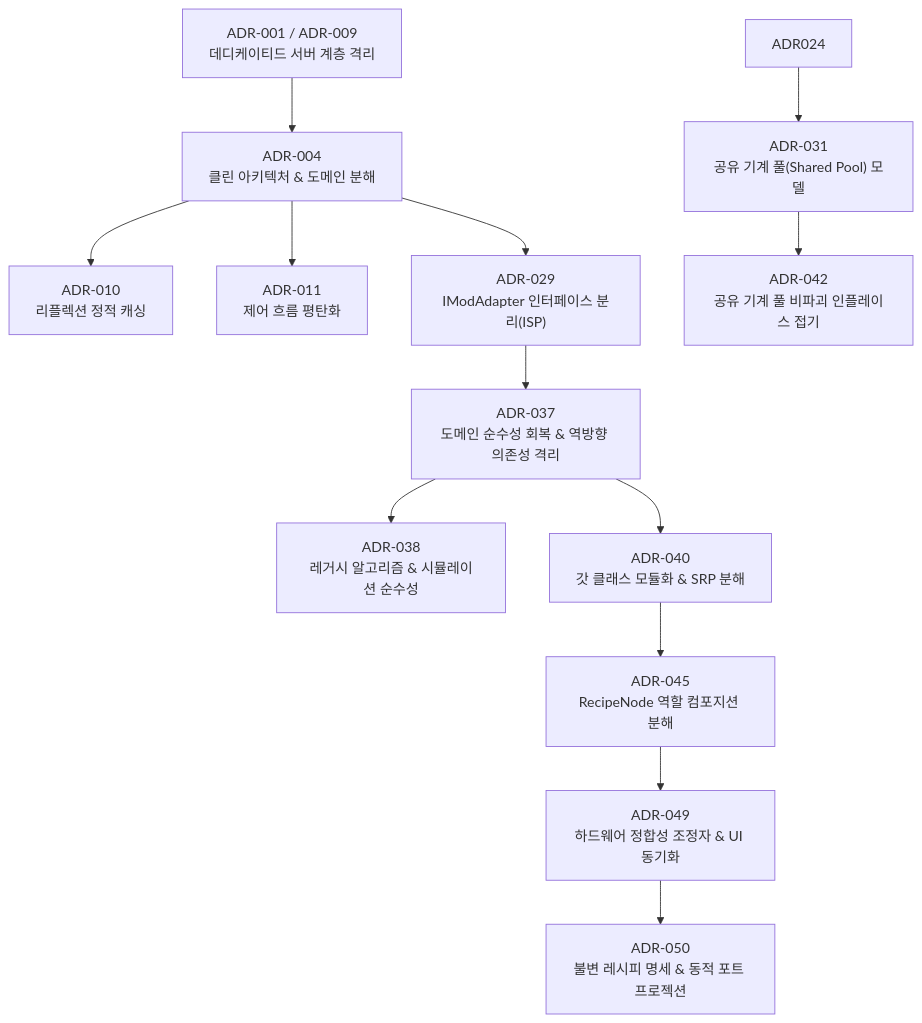
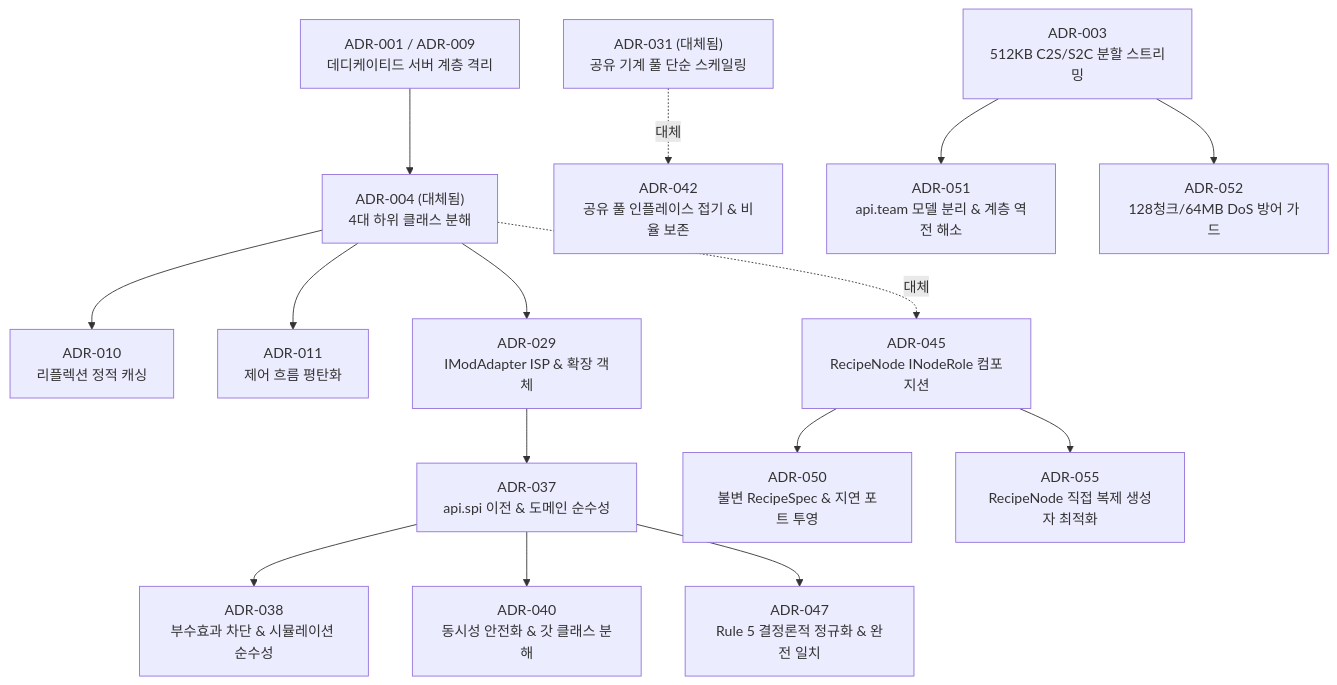
The fourth of 4 diagrams in docs/adr/README.md (Amvermain/GregTechCalculatorBoard), drawn with Mermaid before and after one commit. The commit also changed other lines of this file and 166 other files, not shown here.

````diff
--- a/docs/adr/README.md
+++ b/docs/adr/README.md
@@ -69,15 +79,17 @@
 ```mermaid
 flowchart TD
-    ADR001["ADR-001 / ADR-009<br/>데디케이티드 서버 계층 격리"] --> ADR004["ADR-004<br/>클린 아키텍처 & 도메인 분해"]
+    ADR001["ADR-001 / ADR-009<br/>데디케이티드 서버 계층 격리"] --> ADR004["ADR-004 (대체됨)<br/>4대 하위 클래스 분해"]
     ADR004 --> ADR010["ADR-010<br/>리플렉션 정적 캐싱"]
     ADR004 --> ADR011["ADR-011<br/>제어 흐름 평탄화"]
-    ADR004 --> ADR029["ADR-029<br/>IModAdapter 인터페이스 분리(ISP)"]
-    ADR029 --> ADR037["ADR-037<br/>도메인 순수성 회복 & 역방향 의존성 격리"]
-    ADR037 --> ADR038["ADR-038<br/>레거시 알고리즘 & 시뮬레이션 순수성"]
-    ADR037 --> ADR040["ADR-040<br/>갓 클래스 모듈화 & SRP 분해"]
-    ADR040 --> ADR045["ADR-045<br/>RecipeNode 역할 컴포지션 분해"]
-    ADR045 --> ADR049["ADR-049<br/>하드웨어 정합성 조정자 & UI 동기화"]
-    ADR049 --> ADR050["ADR-050<br/>불변 레시피 명세 & 동적 포트 프로젝션"]
-    ADR024 --> ADR031["ADR-031<br/>공유 기계 풀(Shared Pool) 모델"]
-    ADR031 --> ADR042["ADR-042<br/>공유 기계 풀 비파괴 인플레이스 접기"]
+    ADR004 --> ADR029["ADR-029<br/>IModAdapter ISP & 확장 객체"]
+    ADR029 --> ADR037["ADR-037<br/>api.spi 이전 & 도메인 순수성"]
+    ADR037 --> ADR038["ADR-038<br/>부수효과 차단 & 시뮬레이션 순수성"]
+    ADR037 --> ADR040["ADR-040<br/>동시성 안전화 & 갓 클래스 분해"]
+    ADR037 --> ADR047["ADR-047<br/>Rule 5 결정론적 정규화 & 완전 일치"]
+    ADR004 -.->|대체| ADR045["ADR-045<br/>RecipeNode INodeRole 컴포지션"]
+    ADR045 --> ADR050["ADR-050<br/>불변 RecipeSpec & 지연 포트 투영"]
+    ADR045 --> ADR055["ADR-055<br/>RecipeNode 직접 복제 생성자 최적화"]
+    ADR031["ADR-031 (대체됨)<br/>공유 기계 풀 단순 스케일링"] -.->|대체| ADR042["ADR-042<br/>공유 풀 인플레이스 접기 & 비율 보존"]
+    ADR003["ADR-003<br/>512KB C2S/S2C 분할 스트리밍"] --> ADR051["ADR-051<br/>api.team 모델 분리 & 계층 역전 해소"]
+    ADR003 --> ADR052["ADR-052<br/>128청크/64MB DoS 방어 가드"]
 ```
````
